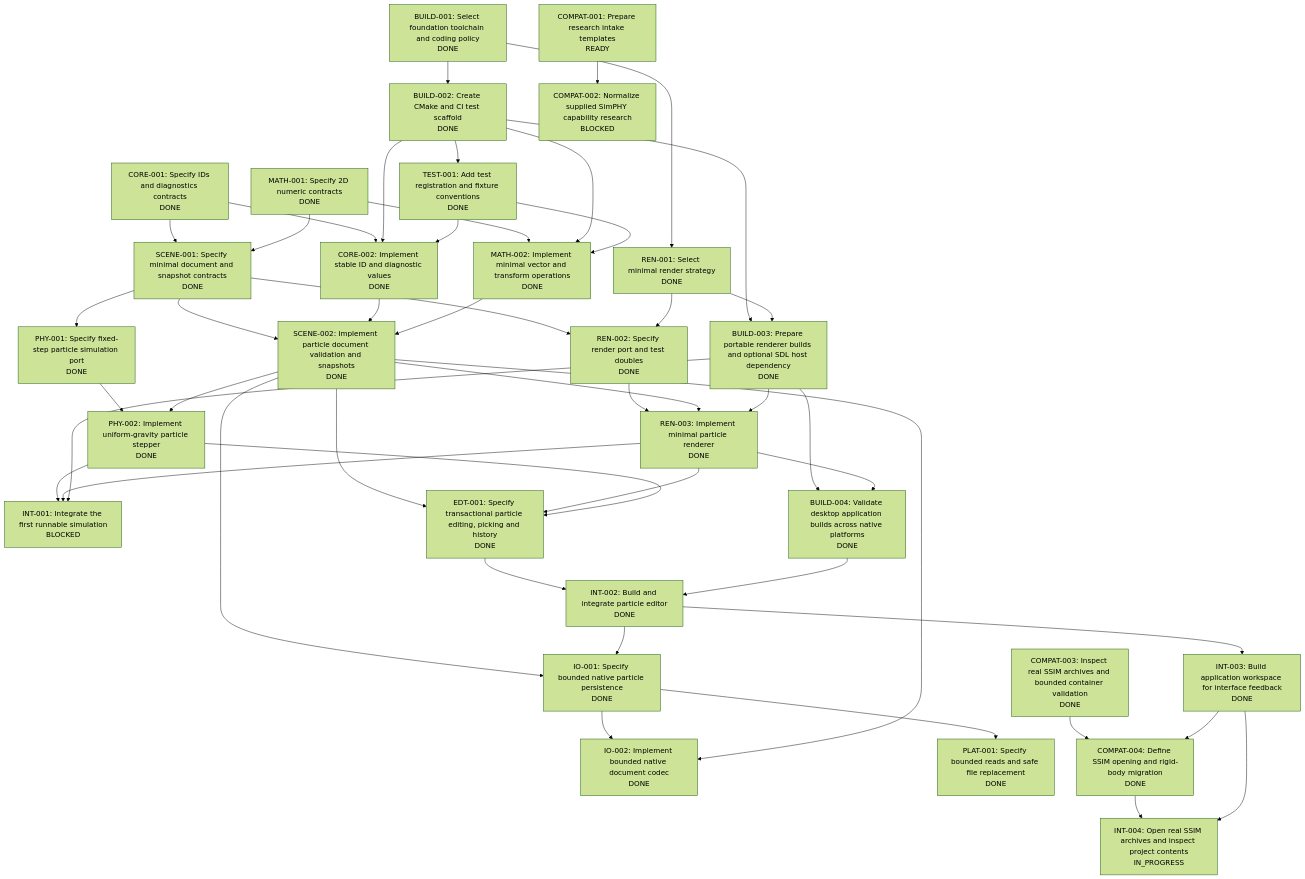
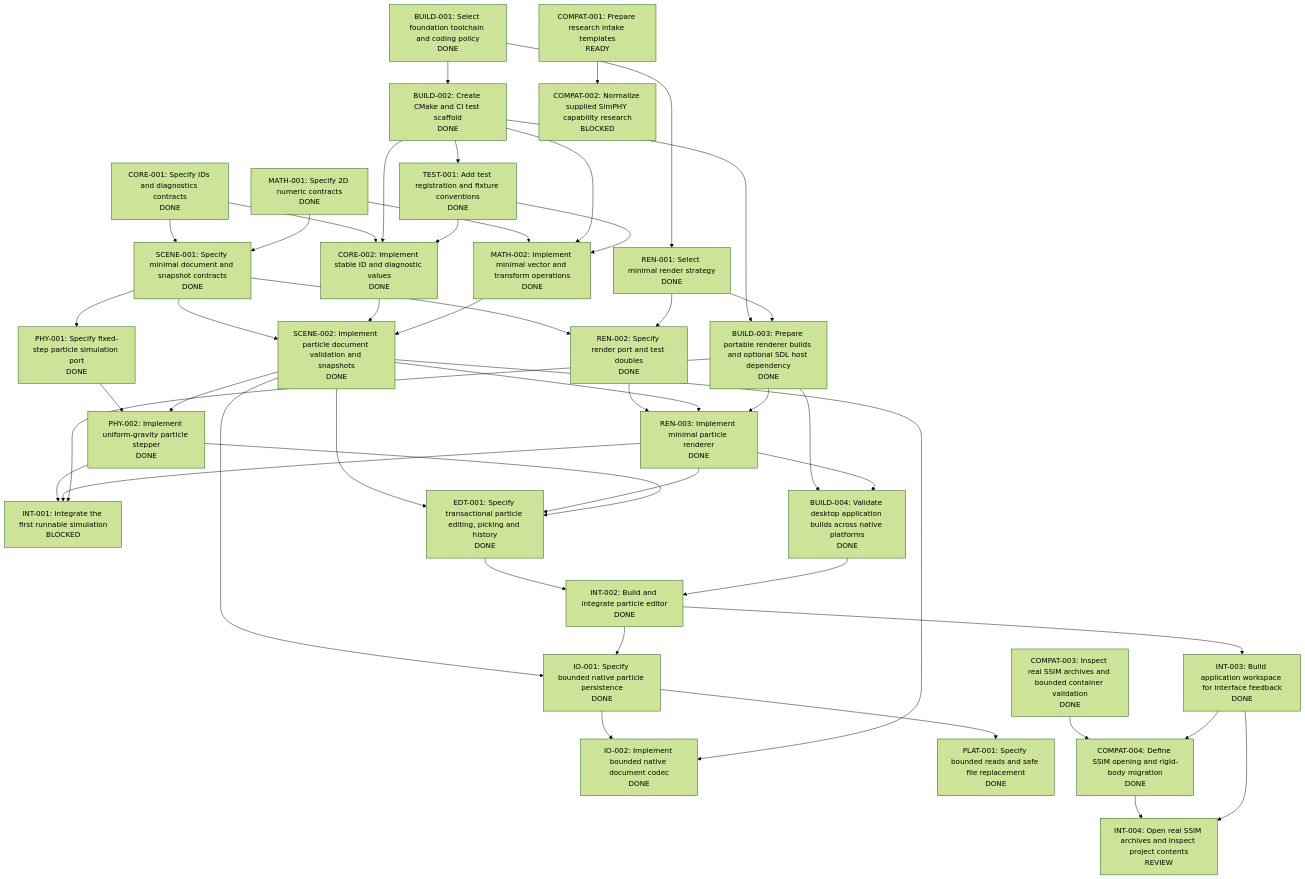
One commit to JnJarvis/open-simphy changed the diagram in tasks/graph.md. Above: the diagram before and after it, drawn with Mermaid (forest theme). The commit also changed other lines of this file and 2 other files, not shown here.

Commit message:
Submit verified SSIM source opening for review

````diff
--- a/tasks/graph.md
+++ b/tasks/graph.md
@@ -9,76 +9,76 @@
 ```mermaid
 flowchart TD
   BUILD_001["BUILD-001: Select foundation toolchain and coding policy<br/>DONE"]
   CORE_001["CORE-001: Specify IDs and diagnostics contracts<br/>DONE"]
   MATH_001["MATH-001: Specify 2D numeric contracts<br/>DONE"]
   REN_001["REN-001: Select minimal render strategy<br/>DONE"]
   COMPAT_001["COMPAT-001: Prepare research intake templates<br/>READY"]
   BUILD_002["BUILD-002: Create CMake and CI test scaffold<br/>DONE"]
   TEST_001["TEST-001: Add test registration and fixture conventions<br/>DONE"]
   CORE_002["CORE-002: Implement stable ID and diagnostic values<br/>DONE"]
   MATH_002["MATH-002: Implement minimal vector and transform operations<br/>DONE"]
   SCENE_001["SCENE-001: Specify minimal document and snapshot contracts<br/>DONE"]
   PHY_001["PHY-001: Specify fixed-step particle simulation port<br/>DONE"]
   REN_002["REN-002: Specify render port and test doubles<br/>DONE"]
   SCENE_002["SCENE-002: Implement particle document validation and snapshots<br/>DONE"]
   PHY_002["PHY-002: Implement uniform-gravity particle stepper<br/>DONE"]
   REN_003["REN-003: Implement minimal particle renderer<br/>DONE"]
   INT_001["INT-001: Integrate the first runnable simulation<br/>BLOCKED"]
   COMPAT_002["COMPAT-002: Normalize supplied SimPHY capability research<br/>BLOCKED"]
   BUILD_003["BUILD-003: Prepare portable renderer builds and optional SDL host dependency<br/>DONE"]
   BUILD_004["BUILD-004: Validate desktop application builds across native platforms<br/>DONE"]
   EDT_001["EDT-001: Specify transactional particle editing, picking and history<br/>DONE"]
   INT_002["INT-002: Build and integrate particle editor<br/>DONE"]
   IO_001["IO-001: Specify bounded native particle persistence<br/>DONE"]
   IO_002["IO-002: Implement bounded native document codec<br/>DONE"]
   PLAT_001["PLAT-001: Specify bounded reads and safe file replacement<br/>DONE"]
   COMPAT_003["COMPAT-003: Inspect real SSIM archives and bounded container validation<br/>DONE"]
   INT_003["INT-003: Build application workspace for interface feedback<br/>DONE"]
   COMPAT_004["COMPAT-004: Define SSIM opening and rigid-body migration<br/>DONE"]
-  INT_004["INT-004: Open real SSIM archives and inspect project contents<br/>IN_PROGRESS"]
+  INT_004["INT-004: Open real SSIM archives and inspect project contents<br/>REVIEW"]
   BUILD_001 --> REN_001
   BUILD_001 --> BUILD_002
   BUILD_002 --> TEST_001
   CORE_001 --> CORE_002
   BUILD_002 --> CORE_002
   TEST_001 --> CORE_002
   MATH_001 --> MATH_002
   BUILD_002 --> MATH_002
   TEST_001 --> MATH_002
   CORE_001 --> SCENE_001
   MATH_001 --> SCENE_001
   SCENE_001 --> PHY_001
   SCENE_001 --> REN_002
   REN_001 --> REN_002
   SCENE_001 --> SCENE_002
   CORE_002 --> SCENE_002
   MATH_002 --> SCENE_002
   PHY_001 --> PHY_002
   SCENE_002 --> PHY_002
   REN_002 --> REN_003
   SCENE_002 --> REN_003
   BUILD_003 --> REN_003
   PHY_002 --> INT_001
   REN_003 --> INT_001
   BUILD_003 --> INT_001
   COMPAT_001 --> COMPAT_002
   BUILD_002 --> BUILD_003
   REN_001 --> BUILD_003
   BUILD_003 --> BUILD_004
   REN_003 --> BUILD_004
   SCENE_002 --> EDT_001
   REN_003 --> EDT_001
   PHY_002 --> EDT_001
   EDT_001 --> INT_002
   BUILD_004 --> INT_002
   SCENE_002 --> IO_001
   INT_002 --> IO_001
   IO_001 --> IO_002
   SCENE_002 --> IO_002
   IO_001 --> PLAT_001
   INT_002 --> INT_003
   COMPAT_003 --> COMPAT_004
   INT_003 --> COMPAT_004
   COMPAT_004 --> INT_004
   INT_003 --> INT_004
 ```
````
